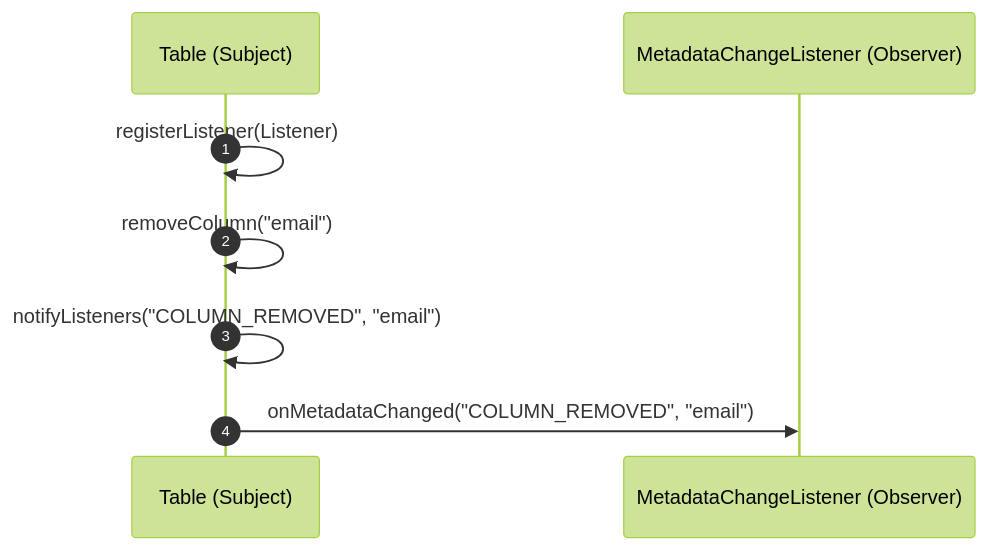
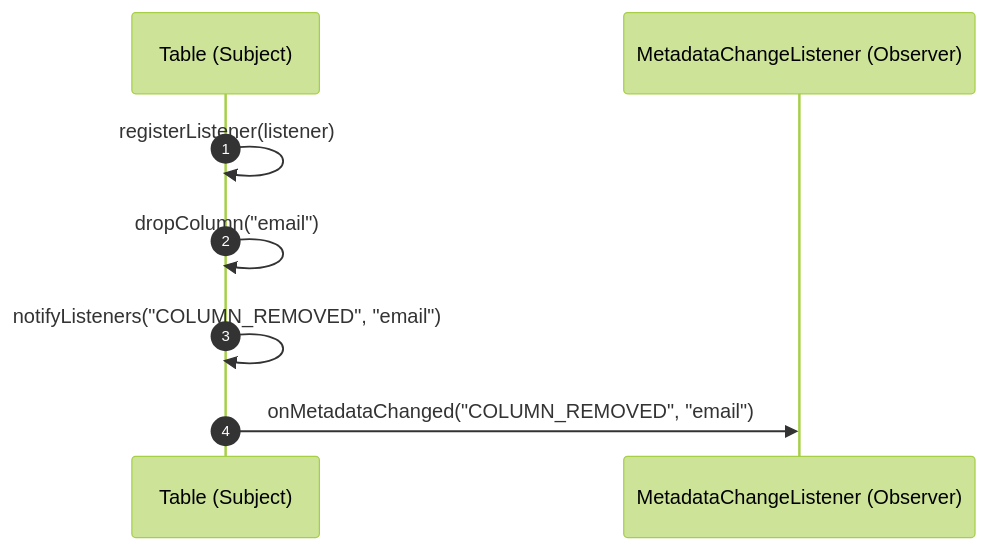
One commit to Dikhang1112/Database_Management_BBV changed the ninth of 15 diagrams in docs/design_patterns/metadata/Sequece.md. Above: the diagram before and after it, drawn with Mermaid (forest theme). The commit also changed other lines of this file and 7 other files, not shown here.

Commit message:
Implement class diagram for metadata - database object

````diff
--- a/docs/design_patterns/metadata/Sequece.md
+++ b/docs/design_patterns/metadata/Sequece.md
@@ -215,11 +216,11 @@
 ```mermaid
 sequenceDiagram
     autonumber
     participant Table as Table (Subject)
     participant Listener as MetadataChangeListener (Observer)
 
-    Table->>Table: registerListener(Listener)
-    Table->>Table: removeColumn("email")
+    Table->>Table: registerListener(listener)
+    Table->>Table: dropColumn("email")
     Table->>Table: notifyListeners("COLUMN_REMOVED", "email")
     Table->>Listener: onMetadataChanged("COLUMN_REMOVED", "email")
 ```
````
